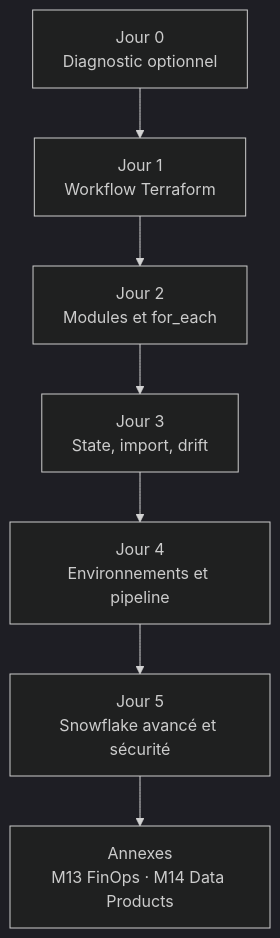
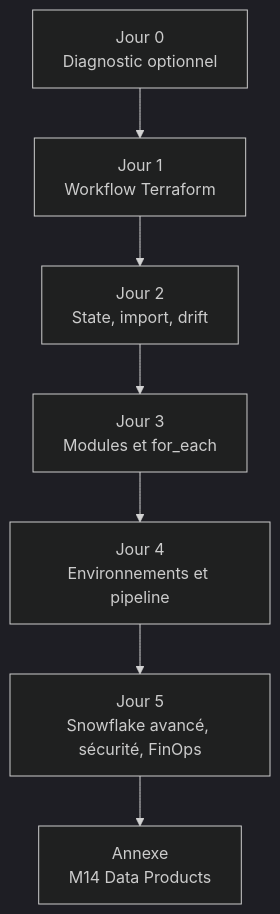
The diagram in courses/README.md (msellamiTN/data-plateform-iac), drawn with Mermaid (dark theme) before and after one commit. The commit also changed other lines of this file and 160 other files, not shown here.

Commit message:
Swap state management (M2/M3) and modules (M5/M6) between days 2 and 3, introduce Snowflake-only login mode for days 1-3, integrate FinOps into day 5 core curriculum, and update all cross-references and navigation links

````diff
--- a/courses/README.md
+++ b/courses/README.md
@@ -31,9 +31,9 @@
 ```mermaid
 flowchart TD
     D0[Jour 0<br/>Diagnostic optionnel] --> D1[Jour 1<br/>Workflow Terraform]
-    D1 --> D2[Jour 2<br/>Modules et for_each]
-    D2 --> D3[Jour 3<br/>State, import, drift]
+    D1 --> D2[Jour 2<br/>State, import, drift]
+    D2 --> D3[Jour 3<br/>Modules et for_each]
     D3 --> D4[Jour 4<br/>Environnements et pipeline]
-    D4 --> D5[Jour 5<br/>Snowflake avancé et sécurité]
-    D5 --> OPT[Annexes<br/>M13 FinOps · M14 Data Products]
+    D4 --> D5[Jour 5<br/>Snowflake avancé, sécurité, FinOps]
+    D5 --> OPT[Annexe<br/>M14 Data Products]
 ```
````
